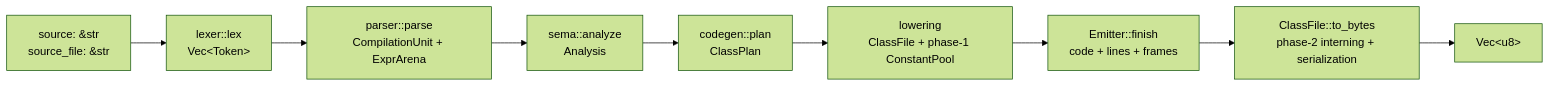
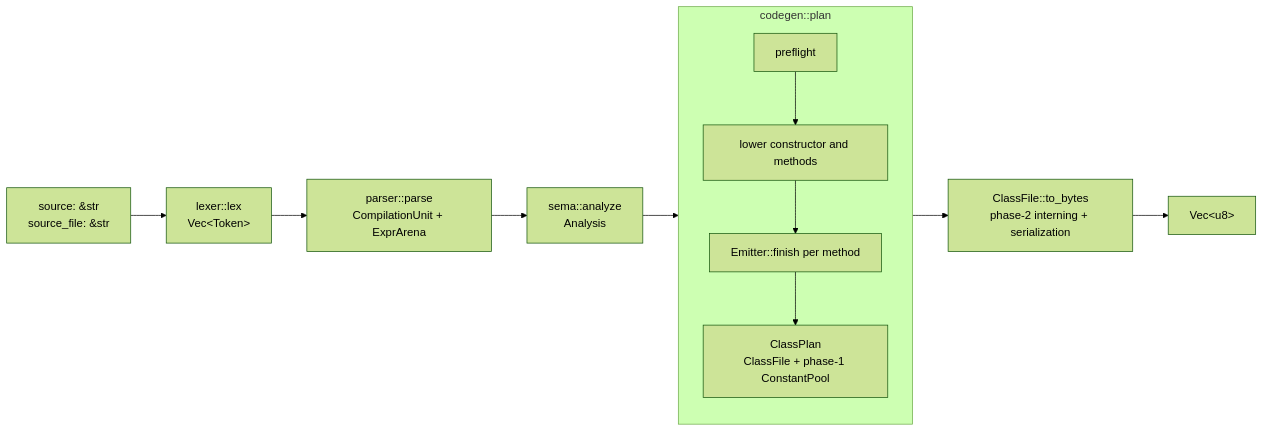
Before and after one commit to VitorNathanG/njavac: the first of 3 diagrams in docs/src/architecture/overview.md, drawn with Mermaid (forest theme). The commit also changed other lines of this file and 51 other files, not shown here.

````diff
--- a/docs/src/architecture/overview.md
+++ b/docs/src/architecture/overview.md
@@ -28,15 +29,20 @@
 ```mermaid
 flowchart LR
     Input["source: &str<br/>source_file: &str"]
     Lex["lexer::lex<br/>Vec&lt;Token&gt;"]
     Parse["parser::parse<br/>CompilationUnit + ExprArena"]
     Sema["sema::analyze<br/>Analysis"]
-    Plan["codegen::plan<br/>ClassPlan"]
-    Lower["lowering<br/>ClassFile + phase-1 ConstantPool"]
-    Assemble["Emitter::finish<br/>code + lines + frames"]
+    subgraph Plan["codegen::plan"]
+        direction TB
+        Preflight["preflight"]
+        Lower["lower constructor and methods"]
+        Assemble["Emitter::finish per method"]
+        Model["ClassPlan<br/>ClassFile + phase-1 ConstantPool"]
+        Preflight --> Lower --> Assemble --> Model
+    end
     Write["ClassFile::to_bytes<br/>phase-2 interning + serialization"]
     Bytes["Vec&lt;u8&gt;"]
 
-    Input --> Lex --> Parse --> Sema --> Plan
-    Plan --> Lower --> Assemble --> Write --> Bytes
+    Input --> Lex --> Parse --> Sema --> Preflight
+    Model --> Write --> Bytes
 ```
````
